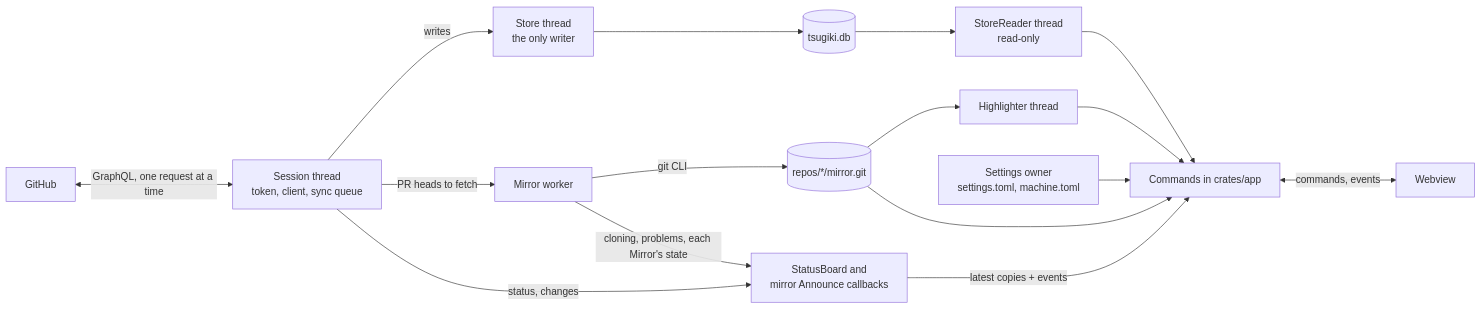
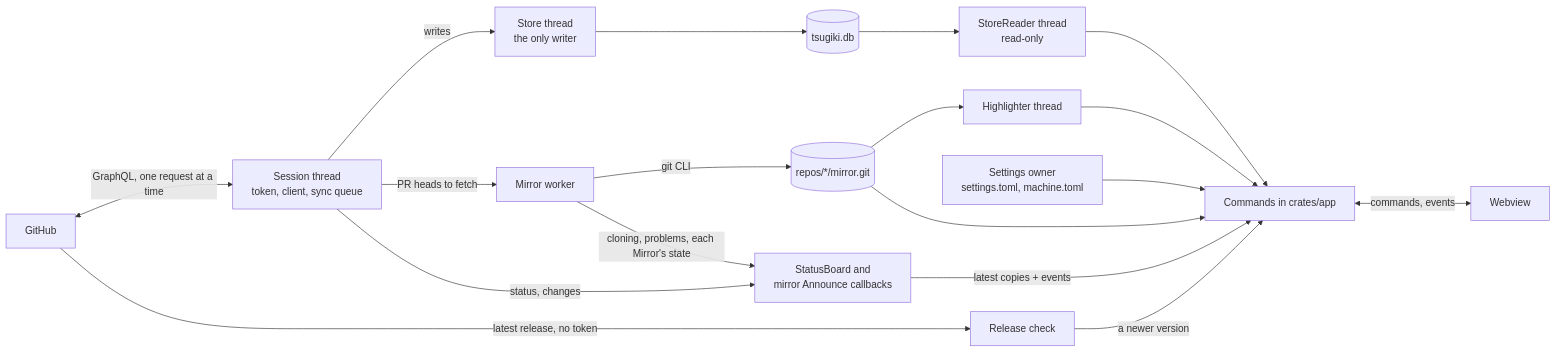
Before and after one commit to tsugiki/tsugiki: the diagram in docs/architecture.md, drawn with Mermaid. The commit also changed other lines of this file and 29 other files, not shown here.

````diff
--- a/docs/architecture.md
+++ b/docs/architecture.md
@@ -35,18 +35,20 @@
 ```mermaid
 flowchart LR
     gh[GitHub] <-->|GraphQL, one request at a time| session
     session[Session thread<br>token, client, sync queue] -->|writes| store[Store thread<br>the only writer]
     store --> db[(tsugiki.db)]
     db --> reader[StoreReader thread<br>read-only]
     session -->|PR heads to fetch| mirrors[Mirror worker]
     mirrors -->|git CLI| git[("repos/*/mirror.git")]
     session -->|status, changes| board[StatusBoard and<br>mirror Announce callbacks]
     mirrors -->|cloning, problems, each Mirror's state| board
     board -->|latest copies + events| app[Commands in crates/app]
     reader --> app
     git --> highlighter[Highlighter thread]
     git --> app
     highlighter --> app
     settings[Settings owner<br>settings.toml, machine.toml] --> app
+    gh -->|latest release, no token| releases[Release check]
+    releases -->|a newer version| app
     app <-->|commands, events| ui[Webview]
 ```
````
